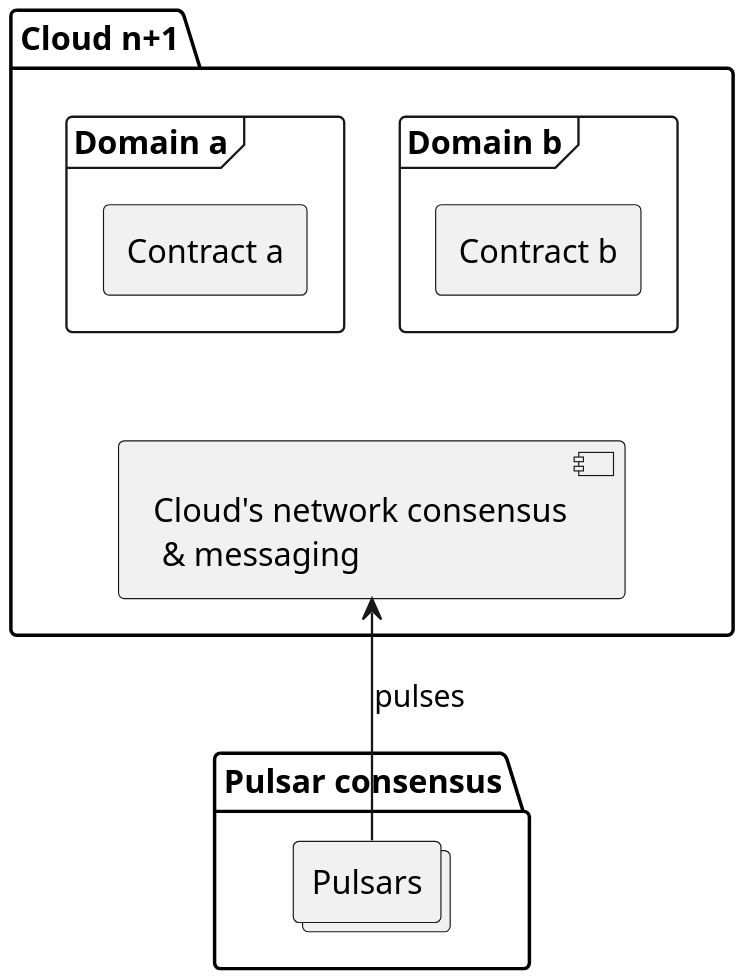
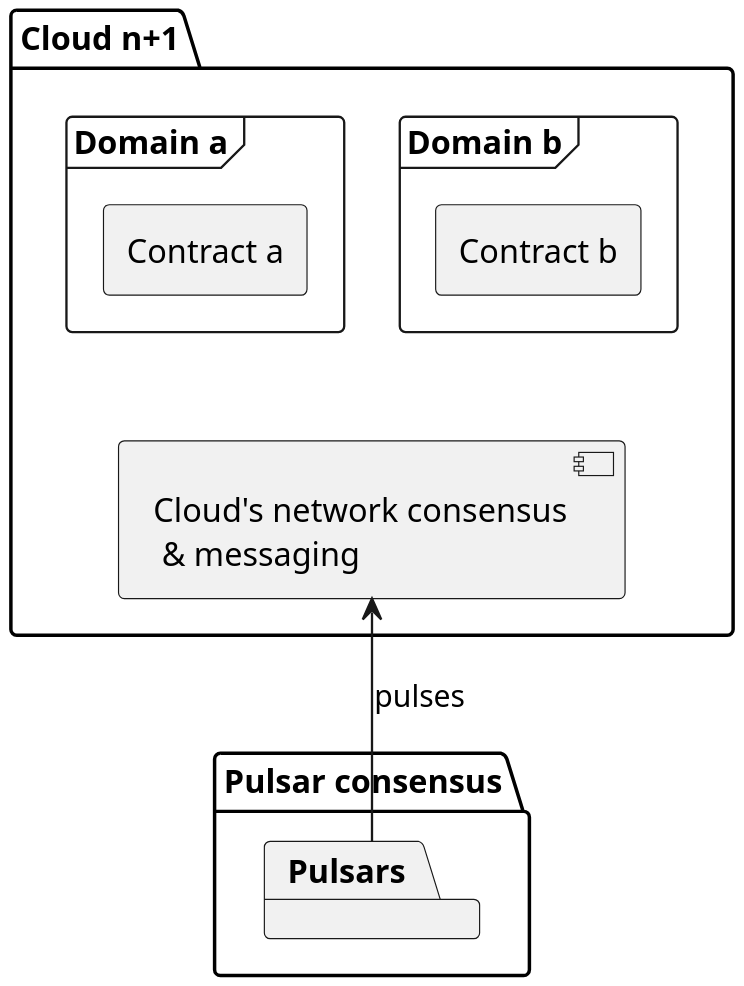
Before and after one commit to sofiayem/rtd-doc-tests: the diagram in docs/source/architecture.rst, drawn with PlantUML.

Commit message:
check if collection

```diff
--- a/docs/source/architecture.rst
+++ b/docs/source/architecture.rst
@@ -34,20 +34,20 @@
 .. uml::
    
    scale 750 width
    
    together {
      package "Pulsar consensus" as pcon [[../architecture.html#pulsar-consensus]] {
-       collections Pulsars [[../architecture.html#pulsars]]
+       package "Pulsars" [[../architecture.html#pulsars]]
      }
      package "Cloud n+1" as cloudnext [[../architecture.html#fed-of-clouds]] {
        card [Cloud's network consensus\n & messaging] as nextnet [[../architecture.html#network-consensus]]
        frame "Domain b" as domb [[../architecture.html#domains]] {
          rectangle "Contract b" as cntrctb [[../architecture.html#contracts]]
        }
        frame "Domain a" as doma [[../architecture.html#domains ]] {
          rectangle "Contract a" as cntrcta [[../architecture.html#contracts]]
        }
        cntrctb -[hidden]d- nextnet
        cntrcta -[hidden]d- nextnet
        Pulsars -u-> nextnet : pulses
      }
```
